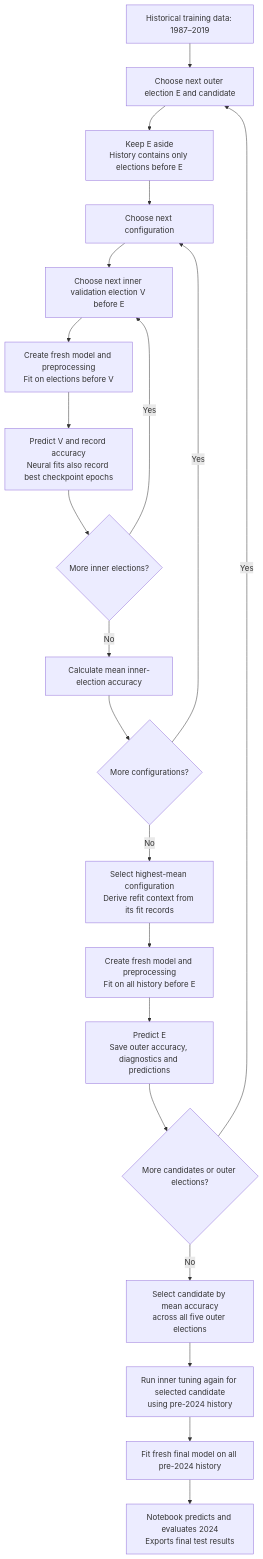
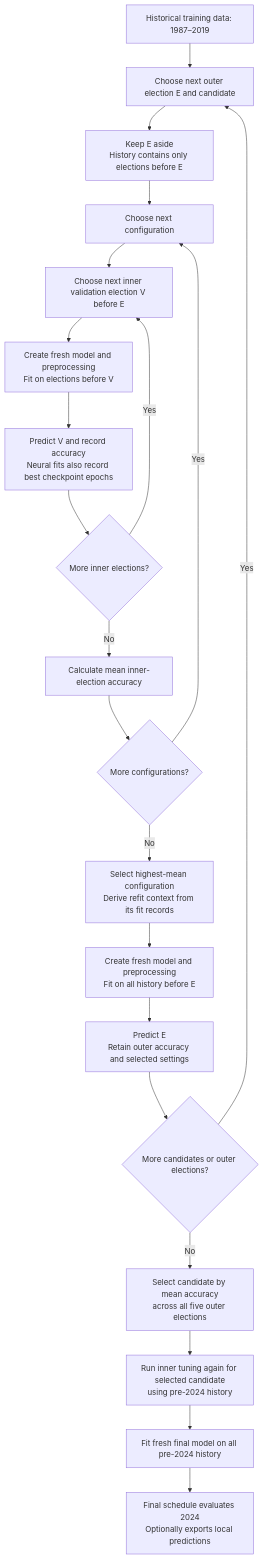
The first of 2 diagrams in notebooks/notes/detailed_project_description.md (jonathanmoore4/Election-Prediction-12.08), drawn with Mermaid before and after one commit. The commit also changed other lines of this file and 33 other files, not shown here.

````diff
--- a/notebooks/notes/detailed_project_description.md
+++ b/notebooks/notes/detailed_project_description.md
@@ -32,23 +29,23 @@
 ```mermaid
 flowchart TD
     A["Historical training data: 1987–2019"] --> B["Choose next outer election E and candidate"]
     B --> C["Keep E aside<br/>History contains only elections before E"]
     C --> D["Choose next configuration"]
     D --> F["Choose next inner validation election V before E"]
     F --> G["Create fresh model and preprocessing<br/>Fit on elections before V"]
     G --> H["Predict V and record accuracy<br/>Neural fits also record best checkpoint epochs"]
     H --> I{"More inner elections?"}
     I -->|Yes| F
     I -->|No| J["Calculate mean inner-election accuracy"]
     J --> K{"More configurations?"}
     K -->|Yes| D
     K -->|No| L["Select highest-mean configuration<br/>Derive refit context from its fit records"]
     L --> M["Create fresh model and preprocessing<br/>Fit on all history before E"]
-    M --> N["Predict E<br/>Save outer accuracy, diagnostics and predictions"]
+    M --> N["Predict E<br/>Retain outer accuracy and selected settings"]
     N --> O{"More candidates or outer elections?"}
     O -->|Yes| B
     O -->|No| P["Select candidate by mean accuracy<br/>across all five outer elections"]
     P --> Q["Run inner tuning again for selected candidate<br/>using pre-2024 history"]
     Q --> R["Fit fresh final model on all pre-2024 history"]
-    R --> S["Notebook predicts and evaluates 2024<br/>Exports final test results"]
+    R --> S["Final schedule evaluates 2024<br/>Optionally exports local predictions"]
 ```
````
